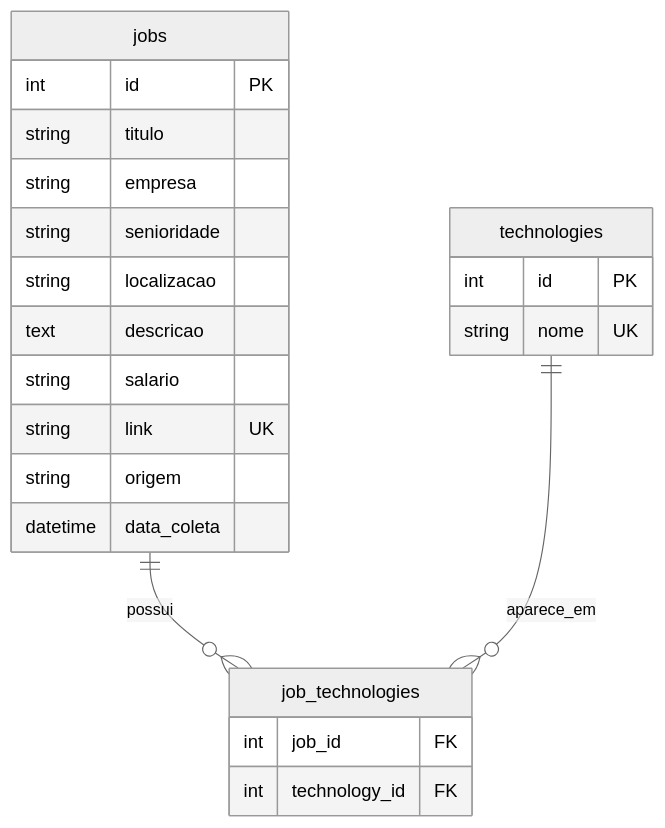
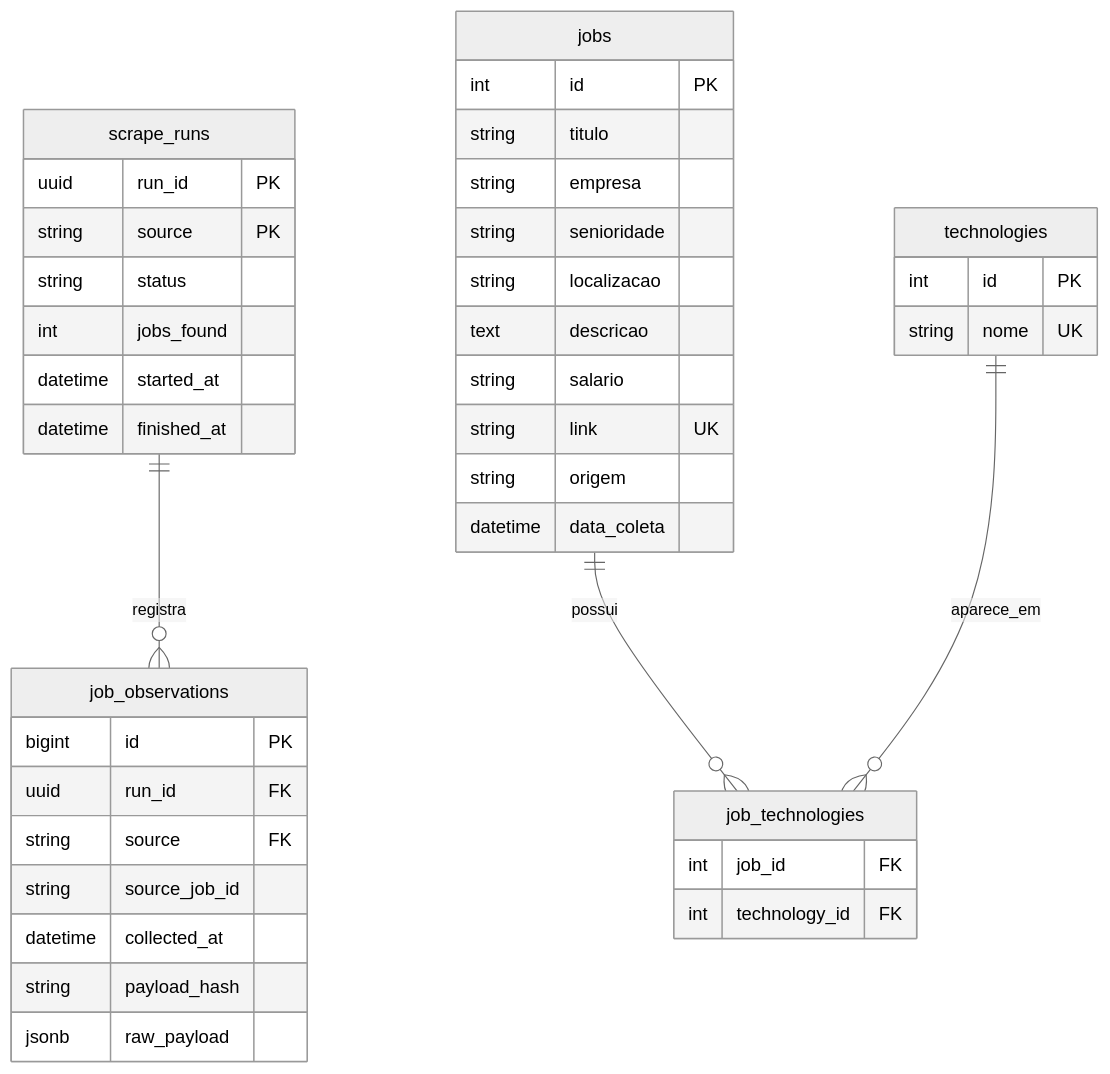
The second of 2 diagrams in README.md (Willian-Cruz/hub_vagas), drawn with Mermaid (neutral theme) before and after one commit. The commit also changed other lines of this file and 38 other files, not shown here.

````diff
--- a/README.md
+++ b/README.md
@@ -39,25 +40,43 @@
 ```mermaid
 erDiagram
+    scrape_runs ||--o{ job_observations : registra
+    scrape_runs {
+        uuid run_id PK
+        string source PK
+        string status
+        int jobs_found
+        datetime started_at
+        datetime finished_at
+    }
+    job_observations {
+        bigint id PK
+        uuid run_id FK
+        string source FK
+        string source_job_id
+        datetime collected_at
+        string payload_hash
+        jsonb raw_payload
+    }
     jobs ||--o{ job_technologies : possui
     technologies ||--o{ job_technologies : aparece_em
     jobs {
         int id PK
         string titulo
         string empresa
         string senioridade
         string localizacao
         text descricao
         string salario
         string link UK
         string origem
         datetime data_coleta
     }
     technologies {
         int id PK
         string nome UK
     }
     job_technologies {
         int job_id FK
         int technology_id FK
     }
 ```
````
